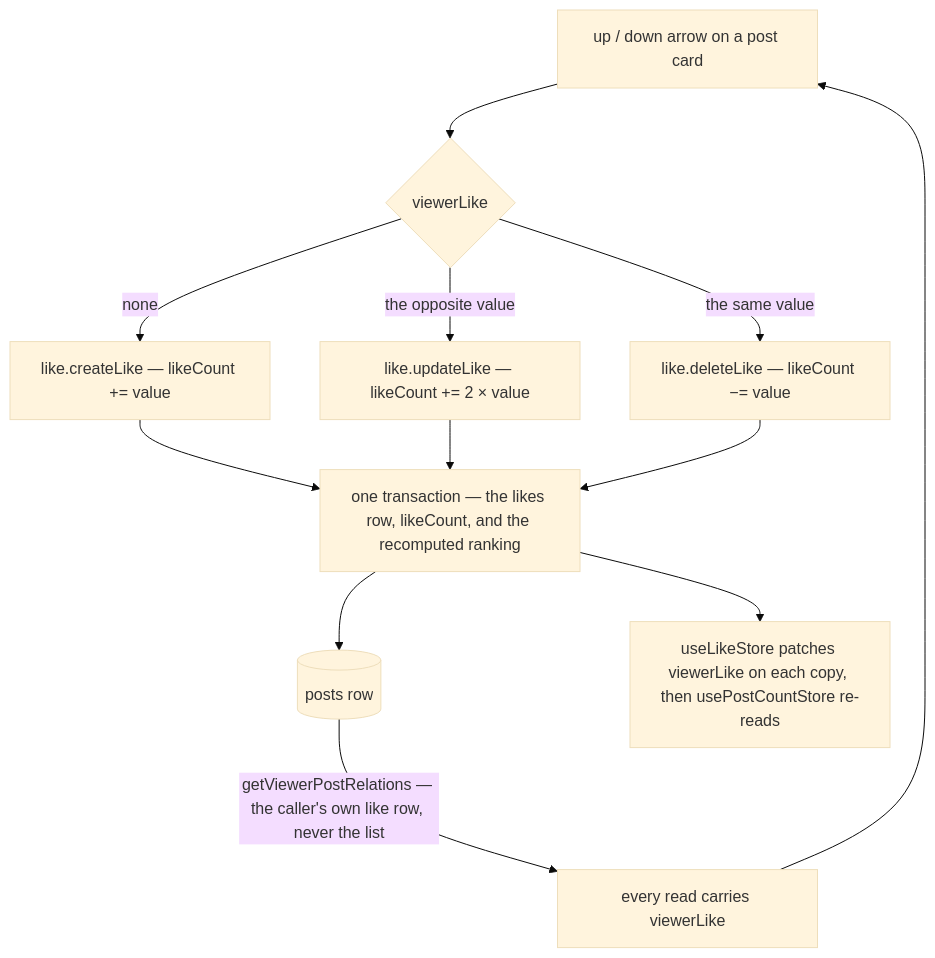
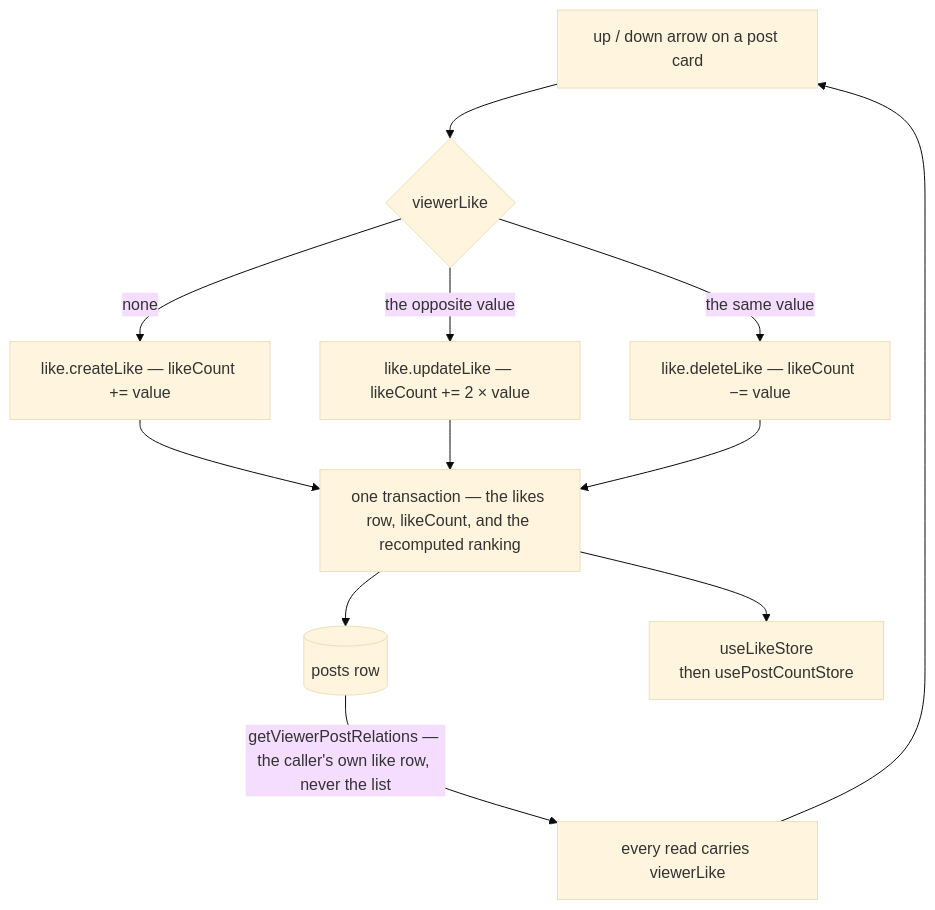
Before and after one commit to Esposter/Esposter: the diagram in openspec/specs/post/likes/design.md, drawn with Mermaid (base theme). The commit also changed 7 other files, not shown here.

````diff
--- a/openspec/specs/post/likes/design.md
+++ b/openspec/specs/post/likes/design.md
@@ -7,14 +7,14 @@
 ```mermaid
 flowchart TD
   arrows["up / down arrow on a post card"] --> pick{"viewerLike"}
   pick -->|"none"| createLike["like.createLike — likeCount += value"]
   pick -->|"the opposite value"| updateLike["like.updateLike — likeCount += 2 × value"]
   pick -->|"the same value"| deleteLike["like.deleteLike — likeCount −= value"]
   createLike --> txn
   updateLike --> txn
   deleteLike --> txn["one transaction — the likes row, likeCount, and the recomputed ranking"]
   txn --> row[("posts row")]
-  txn --> patch["useLikeStore patches viewerLike on each copy, then usePostCountStore re-reads"]
+  txn --> patch["useLikeStore<br/>then usePostCountStore"]
   row -->|"getViewerPostRelations — the caller's own like row, never the list"| viewer["every read carries viewerLike"]
   viewer --> arrows
 ```
````
